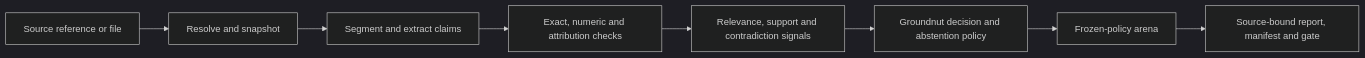
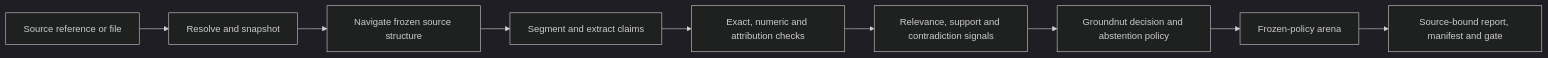
One commit to b1rdmania/groundnut changed the diagram in README.md. Above: the diagram before and after it, drawn with Mermaid (dark theme). The commit also changed other lines of this file and 15 other files, not shown here.

````diff
--- a/README.md
+++ b/README.md
@@ -76,10 +76,11 @@
 ```mermaid
 flowchart LR
     A["Source reference or file"] --> B["Resolve and snapshot"]
-    B --> C["Segment and extract claims"]
-    C --> D["Exact, numeric and attribution checks"]
-    D --> E["Relevance, support and contradiction signals"]
-    E --> F["Groundnut decision and abstention policy"]
-    F --> G["Frozen-policy arena"]
-    G --> H["Source-bound report, manifest and gate"]
+    B --> C["Navigate frozen source structure"]
+    C --> D["Segment and extract claims"]
+    D --> E["Exact, numeric and attribution checks"]
+    E --> F["Relevance, support and contradiction signals"]
+    F --> G["Groundnut decision and abstention policy"]
+    G --> H["Frozen-policy arena"]
+    H --> I["Source-bound report, manifest and gate"]
 ```
````
